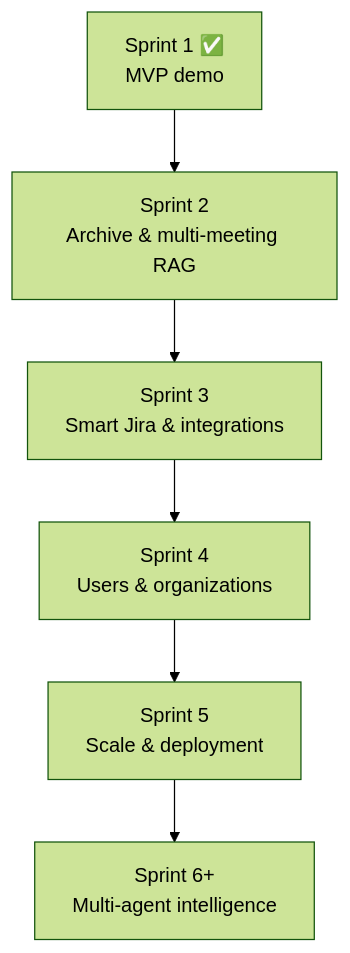
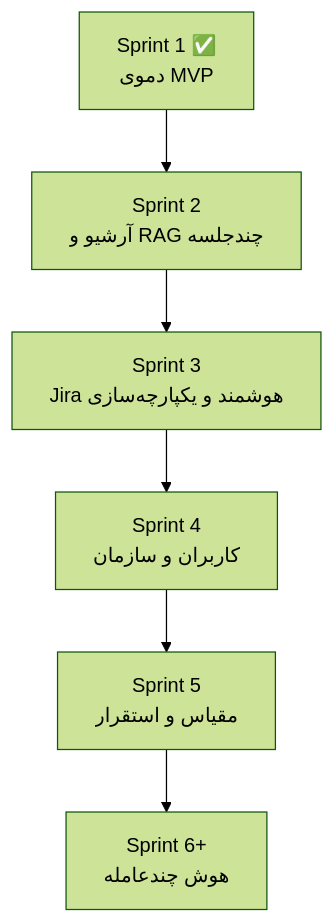
Before and after one commit to Rvin-zh/meeting-assistant: the diagram in docs/diagrams/03-roadmap-and-future-work-0.mmd, drawn with Mermaid (forest theme). The commit also changed 35 other files, not shown here.

```diff
--- a/docs/diagrams/03-roadmap-and-future-work-0.mmd
+++ b/docs/diagrams/03-roadmap-and-future-work-0.mmd
@@ -1,8 +1,8 @@
 flowchart TB
-    S1["Sprint 1 ✅<br/>MVP demo"]
-    S2["Sprint 2<br/>Archive &amp; multi-meeting RAG"]
-    S3["Sprint 3<br/>Smart Jira &amp; integrations"]
-    S4["Sprint 4<br/>Users &amp; organizations"]
-    S5["Sprint 5<br/>Scale &amp; deployment"]
-    S6["Sprint 6+<br/>Multi-agent intelligence"]
+    S1["Sprint 1 ✅<br/>دموی MVP"]
+    S2["Sprint 2<br/>آرشیو و RAG چندجلسه"]
+    S3["Sprint 3<br/>Jira هوشمند و یکپارچه‌سازی"]
+    S4["Sprint 4<br/>کاربران و سازمان"]
+    S5["Sprint 5<br/>مقیاس و استقرار"]
+    S6["Sprint 6+<br/>هوش چندعامله"]
     S1 --> S2 --> S3 --> S4 --> S5 --> S6
```
